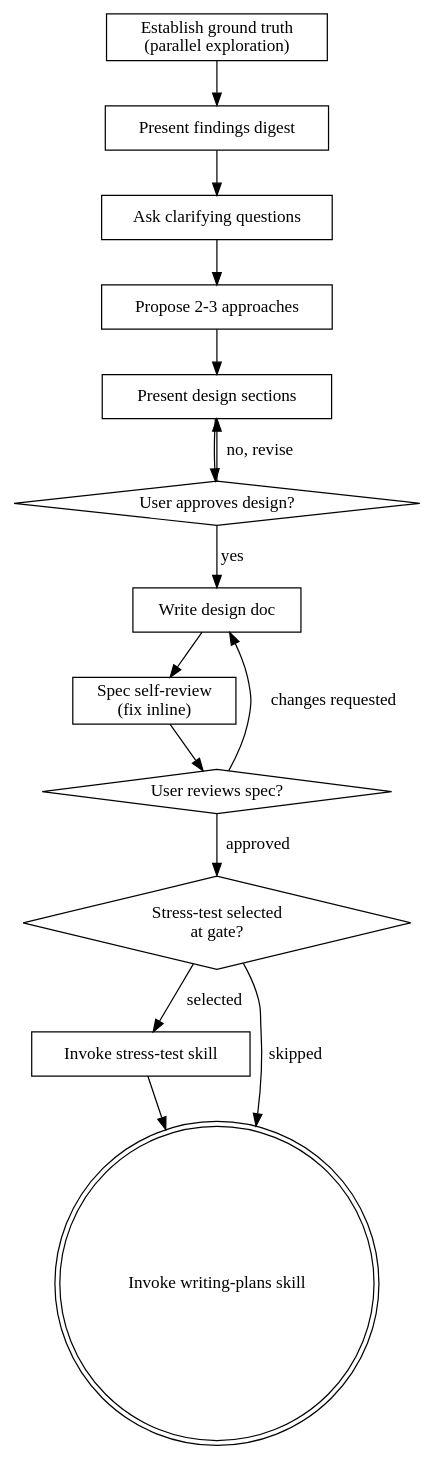
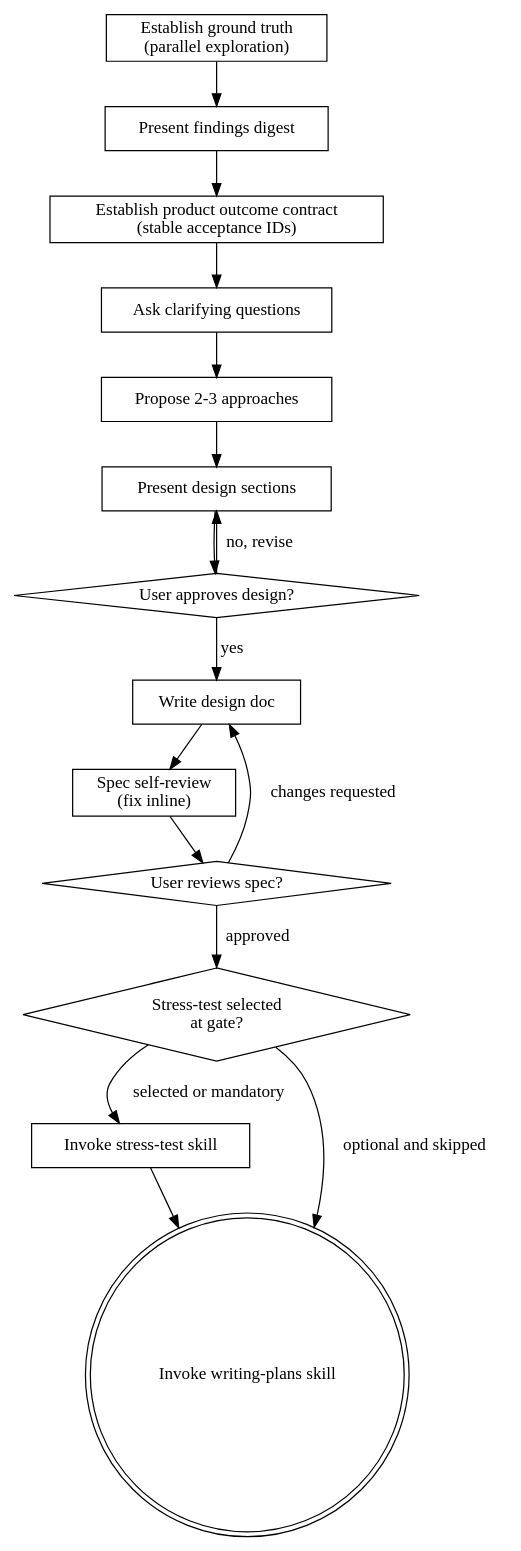
One commit to the-inconvenience-store/superbeads changed the diagram in skills/brainstorming/SKILL.md. Above: the diagram before and after it, drawn with Graphviz. The commit also changed other lines of this file and 7 other files, not shown here.

````diff
--- a/skills/brainstorming/SKILL.md
+++ b/skills/brainstorming/SKILL.md
@@ -80,31 +111,33 @@
 ```dot
 digraph brainstorming {
     "Establish ground truth\n(parallel exploration)" [shape=box];
     "Present findings digest" [shape=box];
+    "Establish product outcome contract\n(stable acceptance IDs)" [shape=box];
     "Ask clarifying questions" [shape=box];
     "Propose 2-3 approaches" [shape=box];
     "Present design sections" [shape=box];
     "User approves design?" [shape=diamond];
     "Write design doc" [shape=box];
     "Spec self-review\n(fix inline)" [shape=box];
     "User reviews spec?" [shape=diamond];
     "Stress-test selected\nat gate?" [shape=diamond];
     "Invoke stress-test skill" [shape=box];
     "Invoke writing-plans skill" [shape=doublecircle];
 
     "Establish ground truth\n(parallel exploration)" -> "Present findings digest";
-    "Present findings digest" -> "Ask clarifying questions";
+    "Present findings digest" -> "Establish product outcome contract\n(stable acceptance IDs)";
+    "Establish product outcome contract\n(stable acceptance IDs)" -> "Ask clarifying questions";
     "Ask clarifying questions" -> "Propose 2-3 approaches";
     "Propose 2-3 approaches" -> "Present design sections";
     "Present design sections" -> "User approves design?";
     "User approves design?" -> "Present design sections" [label="no, revise"];
     "User approves design?" -> "Write design doc" [label="yes"];
     "Write design doc" -> "Spec self-review\n(fix inline)";
     "Spec self-review\n(fix inline)" -> "User reviews spec?";
     "User reviews spec?" -> "Write design doc" [label="changes requested"];
     "User reviews spec?" -> "Stress-test selected\nat gate?" [label="approved"];
-    "Stress-test selected\nat gate?" -> "Invoke stress-test skill" [label="selected"];
-    "Stress-test selected\nat gate?" -> "Invoke writing-plans skill" [label="skipped"];
+    "Stress-test selected\nat gate?" -> "Invoke stress-test skill" [label="selected or mandatory"];
+    "Stress-test selected\nat gate?" -> "Invoke writing-plans skill" [label="optional and skipped"];
     "Invoke stress-test skill" -> "Invoke writing-plans skill";
 }
 ```
````
